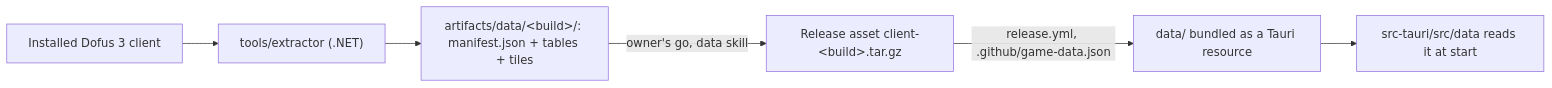
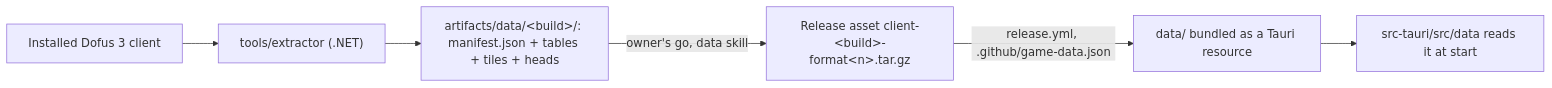
One commit to AerafalDev/D3B changed the diagram in docs/data.md. Above: the diagram before and after it, drawn with Mermaid. The commit also changed other lines of this file and 19 other files, not shown here.

First line of the commit message:
feat(data): the breeds and their heads, in the data's format 2

````diff
--- a/docs/data.md
+++ b/docs/data.md
@@ -8,8 +8,8 @@
 ```mermaid
 flowchart LR
     client["Installed Dofus 3 client"] --> extractor["tools/extractor (.NET)"]
-    extractor --> folder["artifacts/data/&lt;build&gt;/: manifest.json + tables + tiles"]
-    folder -->|"owner's go, data skill"| asset["Release asset client-&lt;build&gt;.tar.gz"]
+    extractor --> folder["artifacts/data/&lt;build&gt;/: manifest.json + tables + tiles + heads"]
+    folder -->|"owner's go, data skill"| asset["Release asset client-&lt;build&gt;-format&lt;n&gt;.tar.gz"]
     asset -->|"release.yml, .github/game-data.json"| bundle["data/ bundled as a Tauri resource"]
     bundle --> app["src-tauri/src/data reads it at start"]
 ```
````
